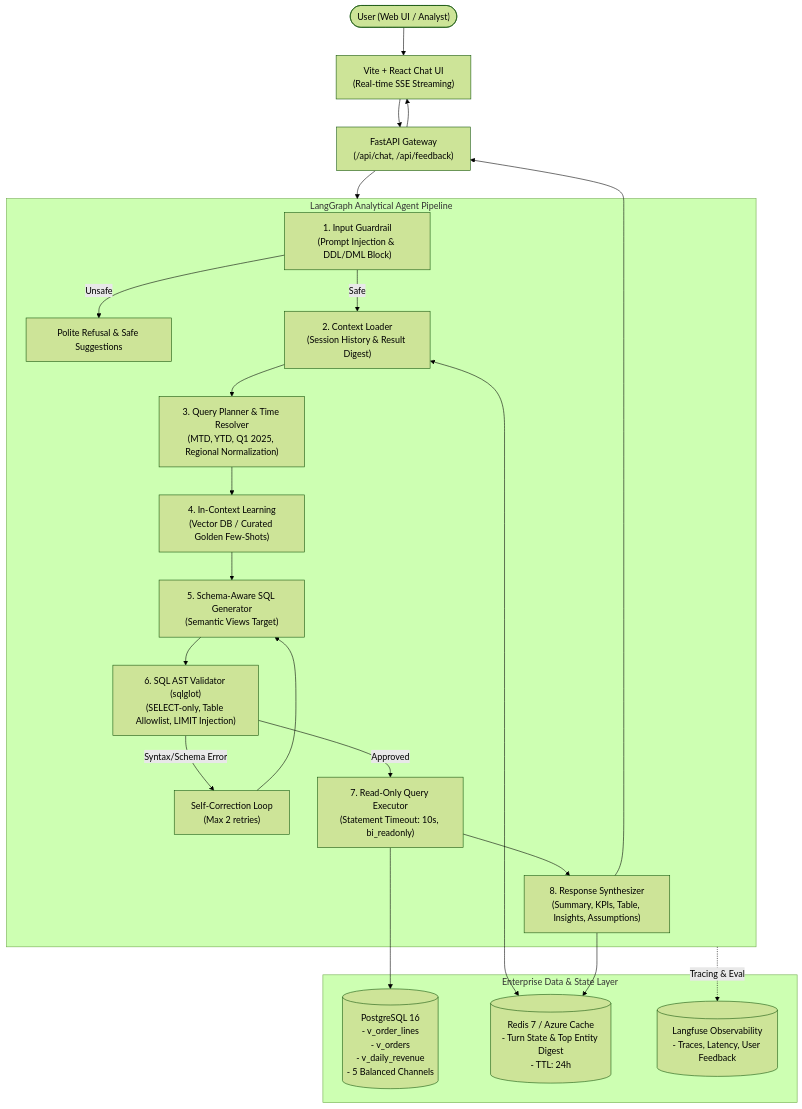
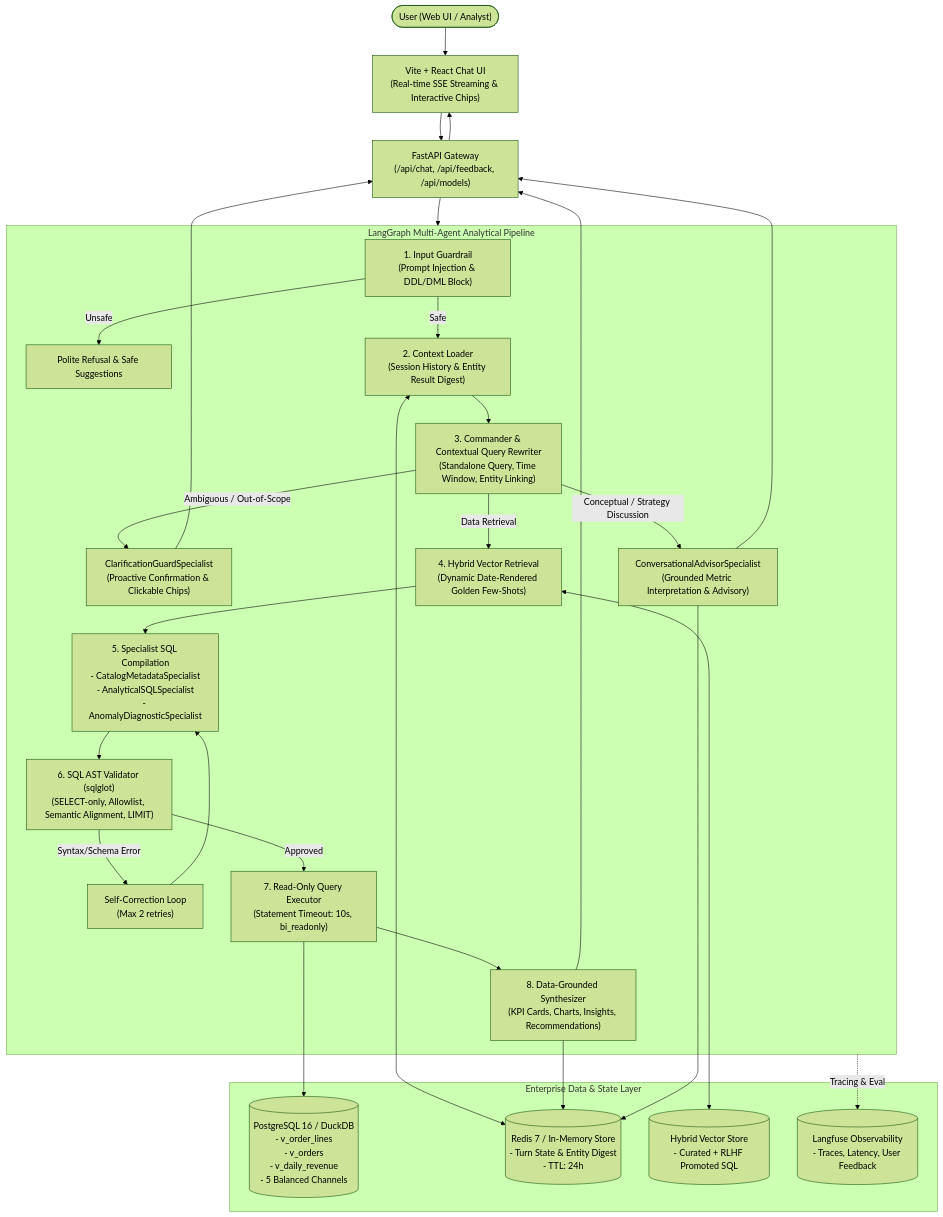
One commit to StevenSiahaann/ey-tech-test changed the diagram in docs/architecture.md. Above: the diagram before and after it, drawn with Mermaid (forest theme). The commit also changed other lines of this file and 5 other files, not shown here.

Commit message:
docs,feat(ui,api): fix GitHub markdown math rendering in README/docs and add RLHF feedback buttons

````diff
--- a/docs/architecture.md
+++ b/docs/architecture.md
@@ -8,34 +8,43 @@
 ```mermaid
 flowchart TD
-    User(["User (Web UI / Analyst)"]) --> FE["Vite + React Chat UI\n(Real-time SSE Streaming)"]
-    FE --> API["FastAPI Gateway\n(/api/chat, /api/feedback)"]
+    User(["User (Web UI / Analyst)"]) --> FE["Vite + React Chat UI\n(Real-time SSE Streaming & Interactive Chips)"]
+    FE --> API["FastAPI Gateway\n(/api/chat, /api/feedback, /api/models)"]
     
-    subgraph AgentPipeline ["LangGraph Analytical Agent Pipeline"]
+    subgraph AgentPipeline ["LangGraph Multi-Agent Analytical Pipeline"]
         G1["1. Input Guardrail\n(Prompt Injection & DDL/DML Block)"]
         G1 -->|Unsafe| Refuse["Polite Refusal & Safe Suggestions"]
-        G1 -->|Safe| Ctx["2. Context Loader\n(Session History & Result Digest)"]
-        Ctx --> Plan["3. Query Planner & Time Resolver\n(MTD, YTD, Q1 2025, Regional Normalization)"]
-        Plan --> FewShot["4. In-Context Learning\n(Vector DB / Curated Golden Few-Shots)"]
-        FewShot --> Gen["5. Schema-Aware SQL Generator\n(Semantic Views Target)"]
-        Gen --> Val["6. SQL AST Validator (sqlglot)\n(SELECT-only, Table Allowlist, LIMIT Injection)"]
+        G1 -->|Safe| Ctx["2. Context Loader\n(Session History & Entity Result Digest)"]
+        Ctx --> Cmd["3. Commander & Contextual Query Rewriter\n(Standalone Query, Time Window, Entity Linking)"]
+        
+        Cmd -->|Ambiguous / Out-of-Scope| Clarify["ClarificationGuardSpecialist\n(Proactive Confirmation & Clickable Chips)"]
+        Cmd -->|Conceptual / Strategy Discussion| Discuss["ConversationalAdvisorSpecialist\n(Grounded Metric Interpretation & Advisory)"]
+        Cmd -->|Data Retrieval| FewShot["4. Hybrid Vector Retrieval\n(Dynamic Date-Rendered Golden Few-Shots)"]
+        
+        FewShot --> Spec["5. Specialist SQL Compilation\n- CatalogMetadataSpecialist\n- AnalyticalSQLSpecialist\n- AnomalyDiagnosticSpecialist"]
+        Spec --> Val["6. SQL AST Validator (sqlglot)\n(SELECT-only, Allowlist, Semantic Alignment, LIMIT)"]
         Val -->|Syntax/Schema Error| Retry["Self-Correction Loop\n(Max 2 retries)"]
-        Retry --> Gen
+        Retry --> Spec
         Val -->|Approved| Exec["7. Read-Only Query Executor\n(Statement Timeout: 10s, bi_readonly)"]
-        Exec --> Synth["8. Response Synthesizer\n(Summary, KPIs, Table, Insights, Assumptions)"]
+        Exec --> Synth["8. Data-Grounded Synthesizer\n(KPI Cards, Charts, Insights, Recommendations)"]
     end
 
     API --> AgentPipeline
     
     subgraph Storage ["Enterprise Data & State Layer"]
-        PG[("PostgreSQL 16\n- v_order_lines\n- v_orders\n- v_daily_revenue\n- 5 Balanced Channels")]
-        RD[("Redis 7 / Azure Cache\n- Turn State & Top Entity Digest\n- TTL: 24h")]
+        PG[("PostgreSQL 16 / DuckDB\n- v_order_lines\n- v_orders\n- v_daily_revenue\n- 5 Balanced Channels")]
+        RD[("Redis 7 / In-Memory Store\n- Turn State & Entity Digest\n- TTL: 24h")]
+        VS[("Hybrid Vector Store\n- Curated + RLHF Promoted SQL")]
         LF[("Langfuse Observability\n- Traces, Latency, User Feedback")]
     end
 
     Exec --> PG
+    FewShot <--> VS
     Ctx <--> RD
     Synth --> RD
+    Discuss --> RD
     AgentPipeline -. Tracing & Eval .-> LF
+    Clarify --> API
+    Discuss --> API
     Synth --> API
     API --> FE
 ```
````
